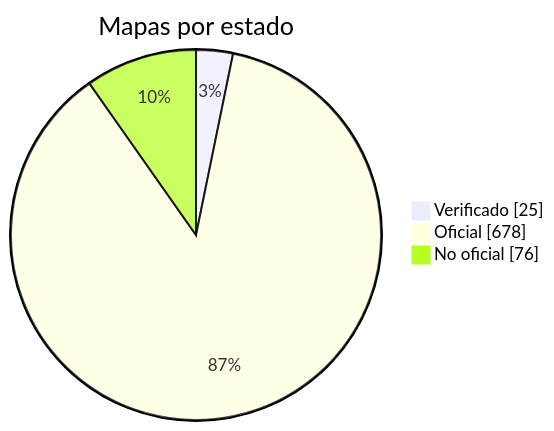
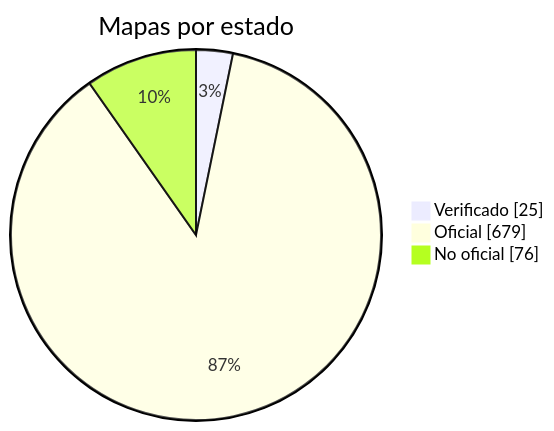
Before and after one commit to nobrega8/mbmap-library: the diagram in docs/readme/README_ES.md, drawn with Mermaid. The commit also changed 6 other files, not shown here.

````diff
--- a/docs/readme/README_ES.md
+++ b/docs/readme/README_ES.md
@@ -54,7 +54,7 @@
 ```mermaid
 pie showData
     title Mapas por estado
     "Verificado" : 25
-    "Oficial" : 678
+    "Oficial" : 679
     "No oficial" : 76
 ```
````
